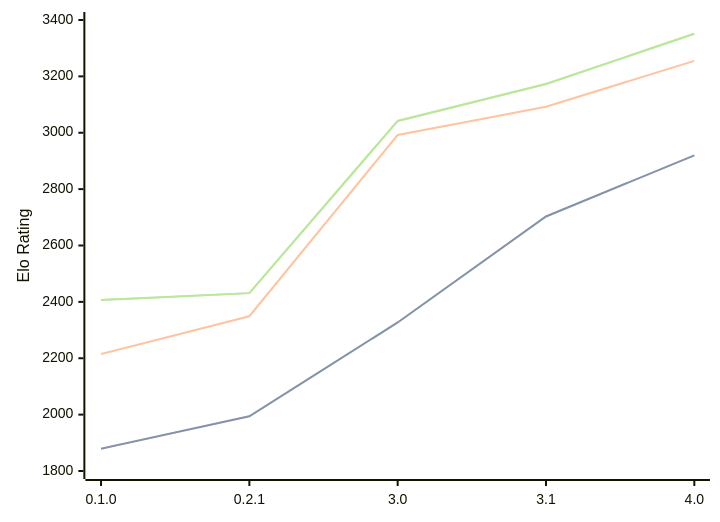
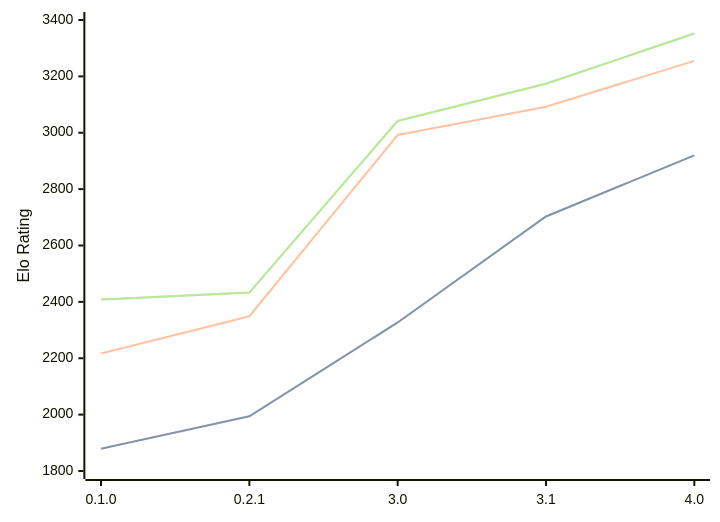
Before and after one commit to computer-chess-index/cci: the diagram in engines/Sykora.md, drawn with Mermaid. The commit also changed other lines of this file, not shown here.

Commit message:
Update CCI Ratings (ELO VLTC) - 2026-08-17

````diff
--- a/engines/Sykora.md
+++ b/engines/Sykora.md
@@ -36,11 +36,11 @@
 ```mermaid
 %%{init: {"theme":"base","themeVariables":{"seriesColors:['#a3a3a3','#222221','#faa371']}}}%%
 xychart-beta
   x-axis ["0.1.0", "0.2.1", "3.0", "3.1", "4.0"]
   y-axis "Elo Rating" 1800 --> 3400
   line "STC (8.0+0.08s)" [1879, 1994, 2327, 2703, 2920]
   line "STC (8.0+0.08s)" [1879, 1994, 2327, 2703, 2920]
-  line "LTC (60.0+0.60s)" [2215, 2349, 2992, 3092, 3255]
-  line "VLTC (2m24s+1.12s)" [2407, 2431, 3042, 3173, 3351]
-  line "VLTC (2m24s+1.12s)" [2407, 2431, 3042, 3173, 3351]
+  line "LTC (60.0+0.60s)" [2217, 2349, 2992, 3092, 3255]
+  line "VLTC (2m24s+1.12s)" [2408, 2433, 3042, 3174, 3352]
+  line "VLTC (2m24s+1.12s)" [2408, 2433, 3042, 3174, 3352]
 ```
````
